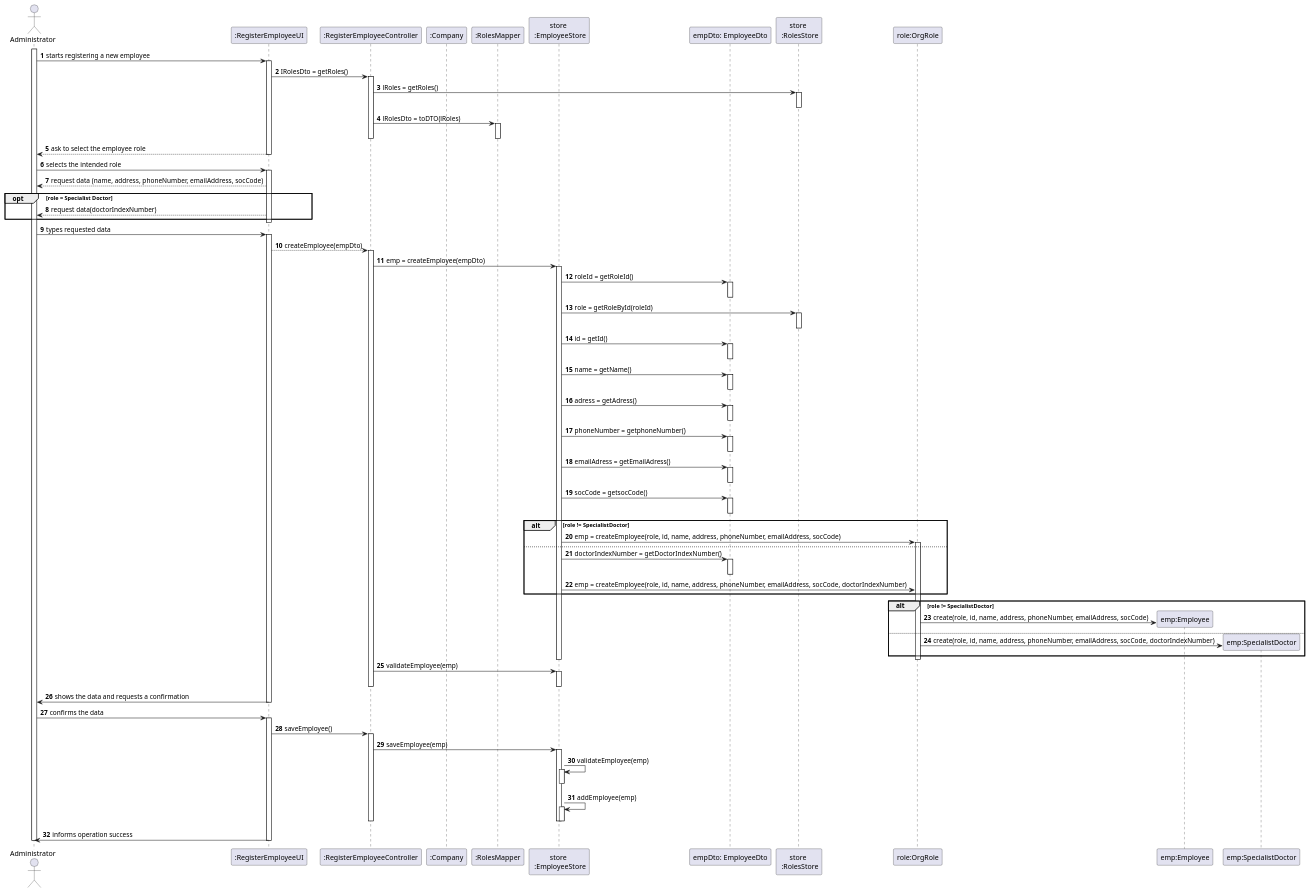
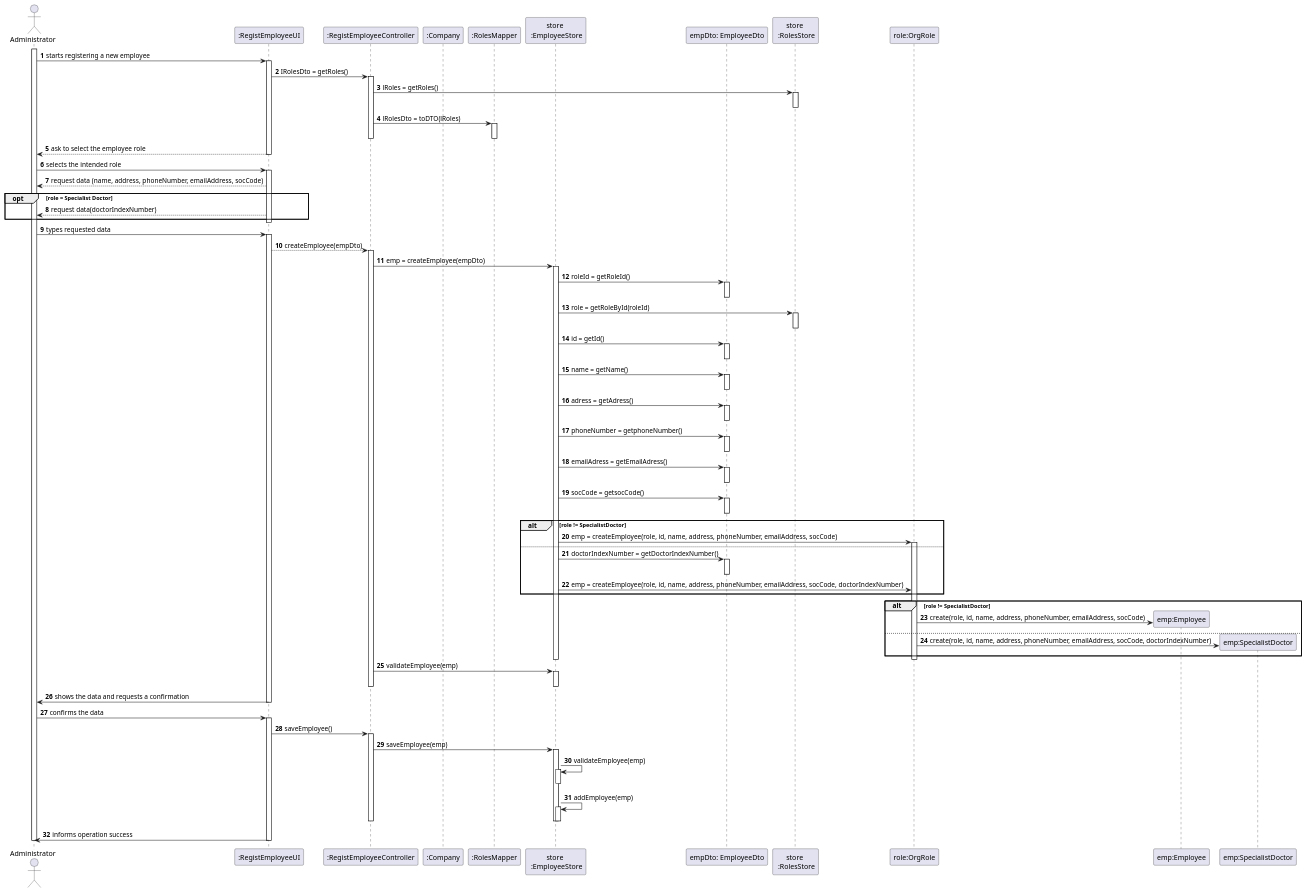
The diagram in docs/SprintB/US7_CreateEmployee/US007_SD.puml (Pedromaia26/LAPR2-ISEP), drawn with PlantUML before and after one commit.

Commit message:
Error name correction SD US7

```diff
--- a/docs/SprintB/US7_CreateEmployee/US007_SD.puml
+++ b/docs/SprintB/US7_CreateEmployee/US007_SD.puml
@@ -1,110 +1,110 @@
 @startuml
 actor Administrator as Adm
-participant ":RegisterEmployeeUI" as Interface
-participant ":RegisterEmployeeController" as Controller
+participant ":RegistEmployeeUI" as Interface
+participant ":RegistEmployeeController" as Controller
 participant ":Company" as Company
 participant ":RolesMapper" as RolesMapper
 participant "store \n :EmployeeStore" as estore
 participant "empDto: EmployeeDto" as EmployeeDto
 participant "store \n :RolesStore" as rstore
 participant "role:OrgRole" as OrgRole
 
 
 autonumber
 activate Adm
 Adm -> Interface: starts registering a new employee
 activate Interface
 Interface -> Controller: IRolesDto = getRoles()
 activate Controller
 Controller -> rstore: lRoles = getRoles()
 activate rstore
 deactivate rstore
 Controller -> RolesMapper: lRolesDto = toDTO(lRoles)
 activate RolesMapper
 deactivate RolesMapper
 deactivate Controller
 Interface --> Adm: ask to select the employee role
 deactivate Interface
 Adm -> Interface: selects the intended role
 activate Interface
 Interface --> Adm: request data (name, address, phoneNumber, emailAddress, socCode)
 opt role = Specialist Doctor
     Interface --> Adm: request data(doctorIndexNumber)
 end
 deactivate Interface
 
 
 Adm -> Interface: types requested data
 activate Interface
 Interface --> Controller: createEmployee(empDto)
 activate Controller
 Controller -> estore: emp = createEmployee(empDto)
 activate estore
 estore -> EmployeeDto: roleId = getRoleId()
 activate EmployeeDto
 deactivate EmployeeDto
 estore -> rstore: role = getRoleById(roleId)
 activate rstore
 deactivate rstore
 estore -> EmployeeDto: id = getId()
 activate EmployeeDto
 deactivate EmployeeDto
 estore -> EmployeeDto: name = getName()
 activate EmployeeDto
 deactivate EmployeeDto
 estore -> EmployeeDto: adress = getAdress()
 activate EmployeeDto
 deactivate EmployeeDto
 estore -> EmployeeDto: phoneNumber = getphoneNumber()
 activate EmployeeDto
 deactivate EmployeeDto
 estore -> EmployeeDto: emailAdress = getEmailAdress()
 activate EmployeeDto
 deactivate EmployeeDto
 estore -> EmployeeDto: socCode = getsocCode()
 activate EmployeeDto
 deactivate EmployeeDto
 alt role != SpecialistDoctor
     estore -> OrgRole: emp = createEmployee(role, id, name, address, phoneNumber, emailAddress, socCode)
     activate OrgRole
 else
     estore -> EmployeeDto: doctorIndexNumber = getDoctorIndexNumber()
     activate EmployeeDto
     deactivate EmployeeDto
     estore -> OrgRole: emp = createEmployee(role, id, name, address, phoneNumber, emailAddress, socCode, doctorIndexNumber)
 end
 alt role != SpecialistDoctor
     create "emp:Employee" as Employee
     OrgRole -> Employee: create(role, id, name, address, phoneNumber, emailAddress, socCode)
 else
     create "emp:SpecialistDoctor" as Doctor
     OrgRole -> Doctor:create(role, id, name, address, phoneNumber, emailAddress, socCode, doctorIndexNumber)
 end
 deactivate OrgRole
 deactivate estore
 Controller -> estore: validateEmployee(emp)
 activate estore
 deactivate estore
 deactivate Controller
 
 Interface -> Adm: shows the data and requests a confirmation
 deactivate Interface
 Adm -> Interface: confirms the data
 
 activate Interface
 Interface -> Controller: saveEmployee()
 activate Controller
 Controller -> estore: saveEmployee(emp)
 activate estore
 estore -> estore: validateEmployee(emp)
 activate estore
 deactivate estore
 estore -> estore: addEmployee(emp)
 activate estore
 deactivate estore
 deactivate estore
 deactivate Controller
 Interface -> Adm: informs operation success
 deactivate Interface
 deactivate Adm
 @enduml
```
